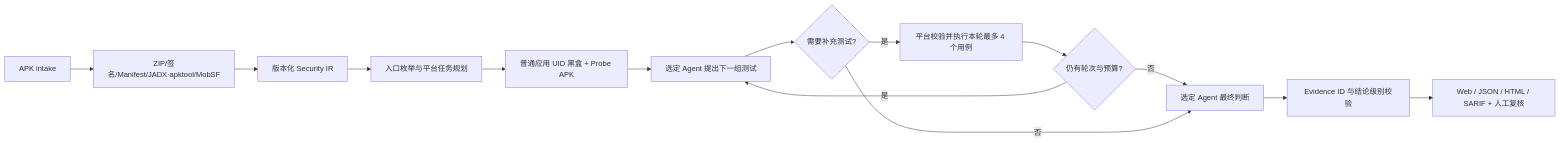
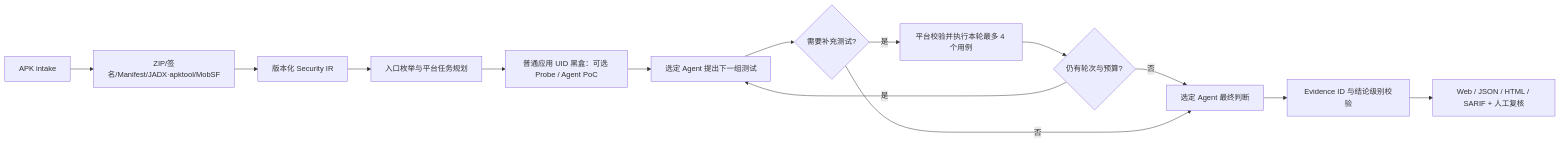
One commit to Nijika0529/ApkScanner changed the diagram in docs/architecture.zh-CN.md. Above: the diagram before and after it, drawn with Mermaid. The commit also changed other lines of this file and 8 other files, not shown here.

````diff
--- a/docs/architecture.zh-CN.md
+++ b/docs/architecture.zh-CN.md
@@ -11,16 +11,16 @@
 ```mermaid
 flowchart LR
     A[APK intake] --> B[ZIP/签名/Manifest/JADX·apktool/MobSF]
     B --> C[版本化 Security IR]
     C --> D[入口枚举与平台任务规划]
-    D --> E[普通应用 UID 黑盒 + Probe APK]
+    D --> E[普通应用 UID 黑盒：可选 Probe / Agent PoC]
     E --> I[选定 Agent 提出下一组测试]
     I --> J{需要补充测试?}
     J -- 是 --> K[平台校验并执行本轮最多 4 个用例]
     K --> R{仍有轮次与预算?}
     R -- 是 --> I
     R -- 否 --> L[选定 Agent 最终判断]
     J -- 否 --> L
     L --> M[Evidence ID 与结论级别校验]
     M --> N[Web / JSON / HTML / SARIF + 人工复核]
 ```
````
